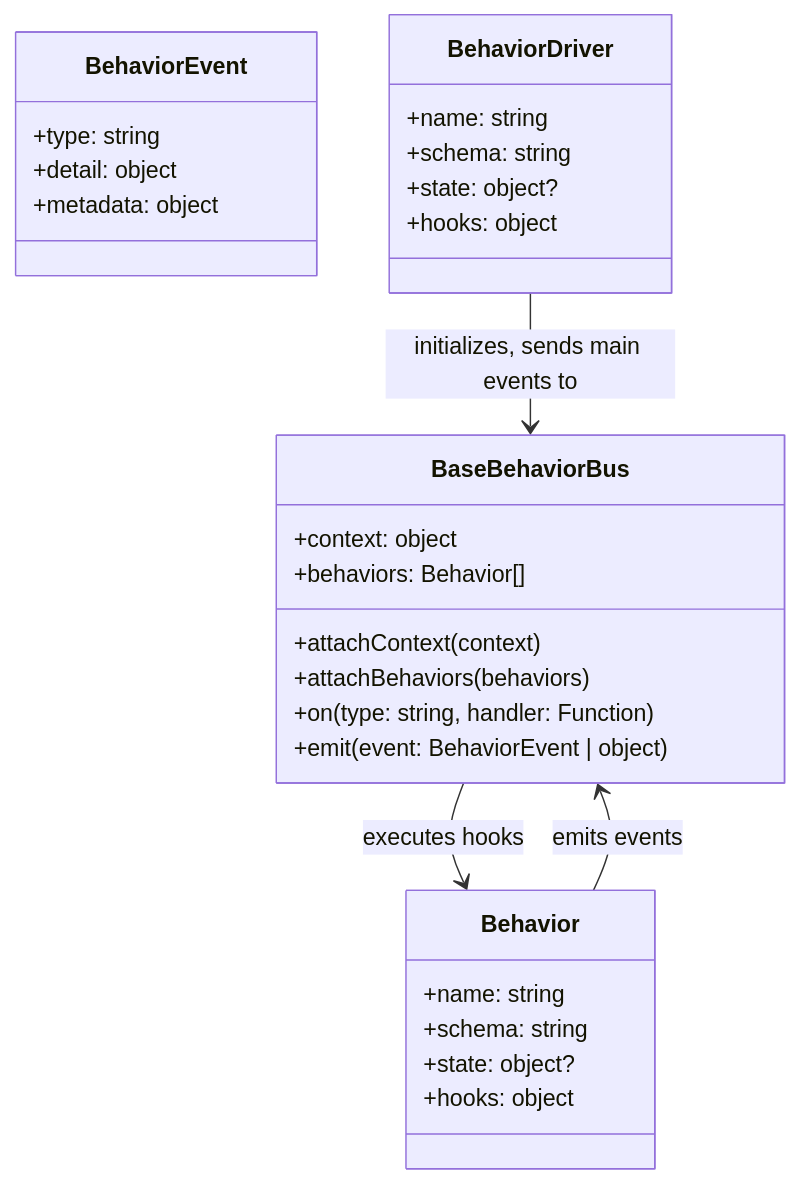
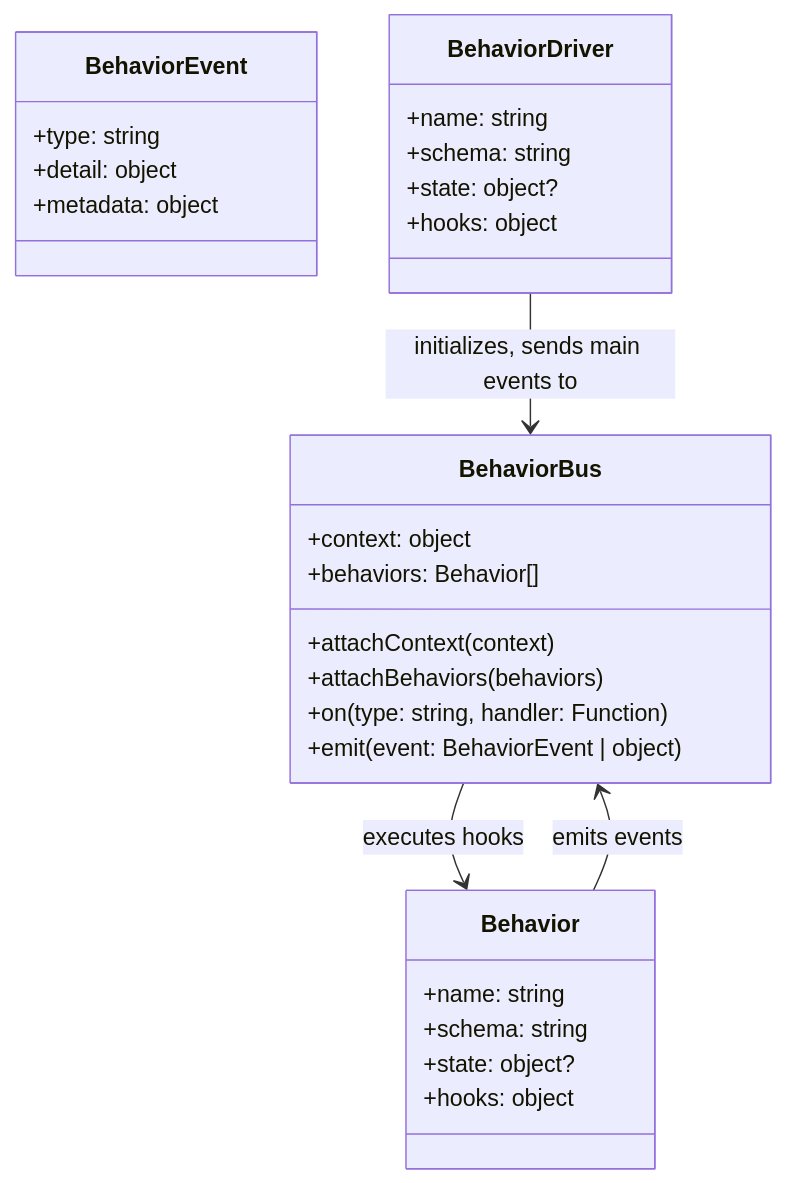
One commit to ArchiveBox/abx-spec-behaviors changed the diagram in README.md. Above: the diagram before and after it, drawn with Mermaid.

````diff
--- a/README.md
+++ b/README.md
@@ -112,36 +112,36 @@
 ```mermaid
 classDiagram
     class BehaviorEvent {
         +type: string
         +detail: object
         +metadata: object
     }
     
-    class BaseBehaviorBus {
+    class BehaviorBus {
         +context: object
         +behaviors: Behavior[]
         +attachContext(context)
         +attachBehaviors(behaviors)
         +on(type: string, handler: Function)
         +emit(event: BehaviorEvent | object)
     }
     
     class Behavior {
         +name: string
         +schema: string
         +state: object?
         +hooks: object
     }
     
     class BehaviorDriver {
         +name: string
         +schema: string
         +state: object?
         +hooks: object
     }
     
 
-    Behavior --> BaseBehaviorBus : emits events
-    BehaviorDriver --> BaseBehaviorBus : initializes, sends main events to
-    BaseBehaviorBus --> Behavior : executes hooks
+    Behavior --> BehaviorBus : emits events
+    BehaviorDriver --> BehaviorBus : initializes, sends main events to
+    BehaviorBus --> Behavior : executes hooks
 ```
````
